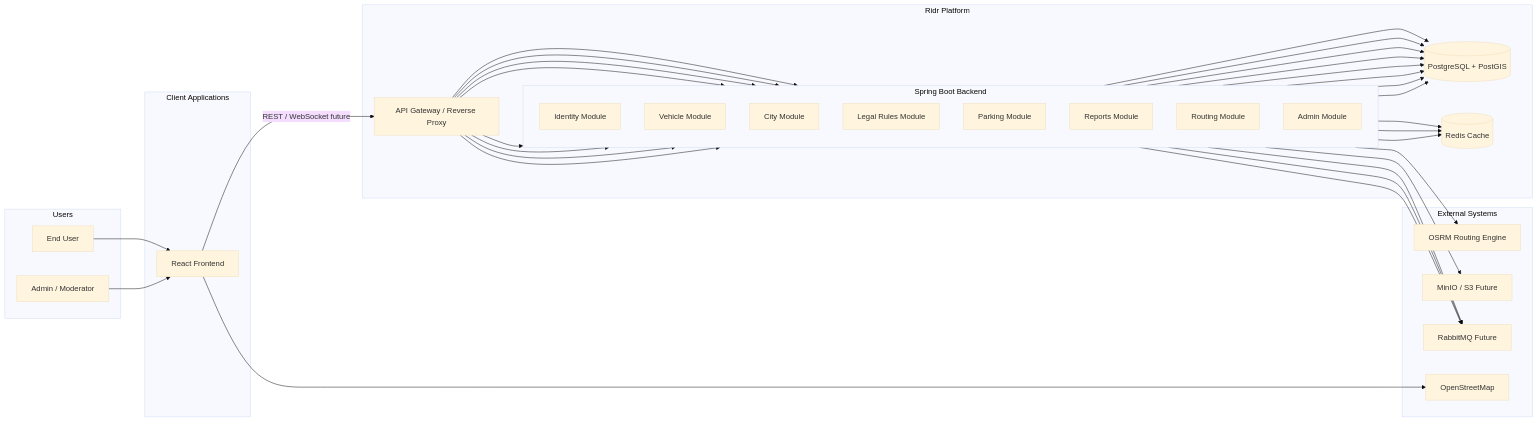
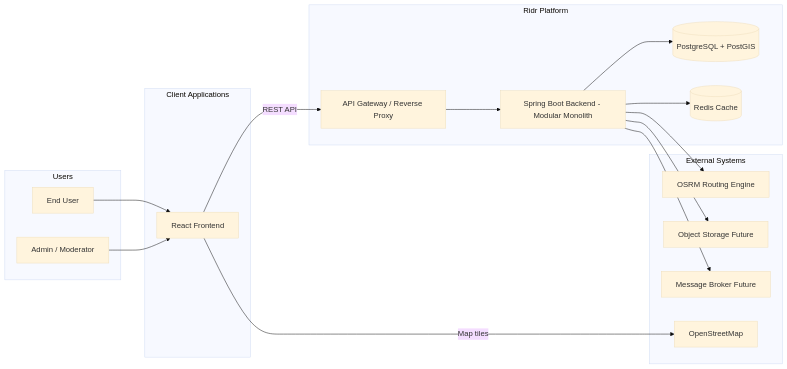
The third of 7 diagrams in docs/architecture/architecture.md (burlica1234/ridr), drawn with Mermaid (base theme) before and after one commit. The commit also changed other lines of this file and 1 other file, not shown here.

````diff
--- a/docs/architecture/architecture.md
+++ b/docs/architecture/architecture.md
@@ -102,70 +118,37 @@
 ```mermaid
 flowchart LR
     subgraph USERS["Users"]
         U1[End User]
         U2[Admin / Moderator]
     end
 
     subgraph CLIENTS["Client Applications"]
         FE[React Frontend]
     end
 
-    subgraph SYSTEM["Ridr Platform"]
+    subgraph PLATFORM["Ridr Platform"]
         APIGW[API Gateway / Reverse Proxy]
-
-        subgraph CORE["Spring Boot Backend"]
-            direction TB
-            AUTH[Identity Module]
-            VEH[Vehicle Module]
-            CITY[City Module]
-            RULE[Legal Rules Module]
-            PARK[Parking Module]
-            REP[Reports Module]
-            ROUTE[Routing Module]
-            ADMIN[Admin Module]
-        end
-
-        REDIS[(Redis Cache)]
-        PG[(PostgreSQL + PostGIS)]
+        APP[Spring Boot Backend - Modular Monolith]
+        DB[(PostgreSQL + PostGIS)]
+        CACHE[(Redis Cache)]
     end
 
     subgraph EXTERNAL["External Systems"]
         OSRM[OSRM Routing Engine]
         OSM[OpenStreetMap]
-        MINIO[MinIO / S3 Future]
-        MQ[RabbitMQ Future]
+        STORAGE[Object Storage Future]
+        MQ[Message Broker Future]
     end
 
     U1 --> FE
     U2 --> FE
-    FE -->|REST / WebSocket future| APIGW
+    FE -->|REST API| APIGW
+    FE -->|Map tiles| OSM
 
-    APIGW --> AUTH
-    APIGW --> VEH
-    APIGW --> CITY
-    APIGW --> RULE
-    APIGW --> PARK
-    APIGW --> REP
-    APIGW --> ROUTE
-    APIGW --> ADMIN
-
-    AUTH --> PG
-    VEH --> PG
-    CITY --> PG
-    RULE --> PG
-    PARK --> PG
-    REP --> PG
-    ROUTE --> PG
-    ADMIN --> PG
-
-    PARK --> REDIS
-    RULE --> REDIS
-    ROUTE --> REDIS
-
-    FE --> OSM
-    ROUTE --> OSRM
-    REP --> MINIO
-    ADMIN --> MQ
-    REP --> MQ
-    PARK --> MQ
+    APIGW --> APP
+    APP --> DB
+    APP --> CACHE
+    APP --> OSRM
+    APP --> STORAGE
+    APP --> MQ
 ```
````
